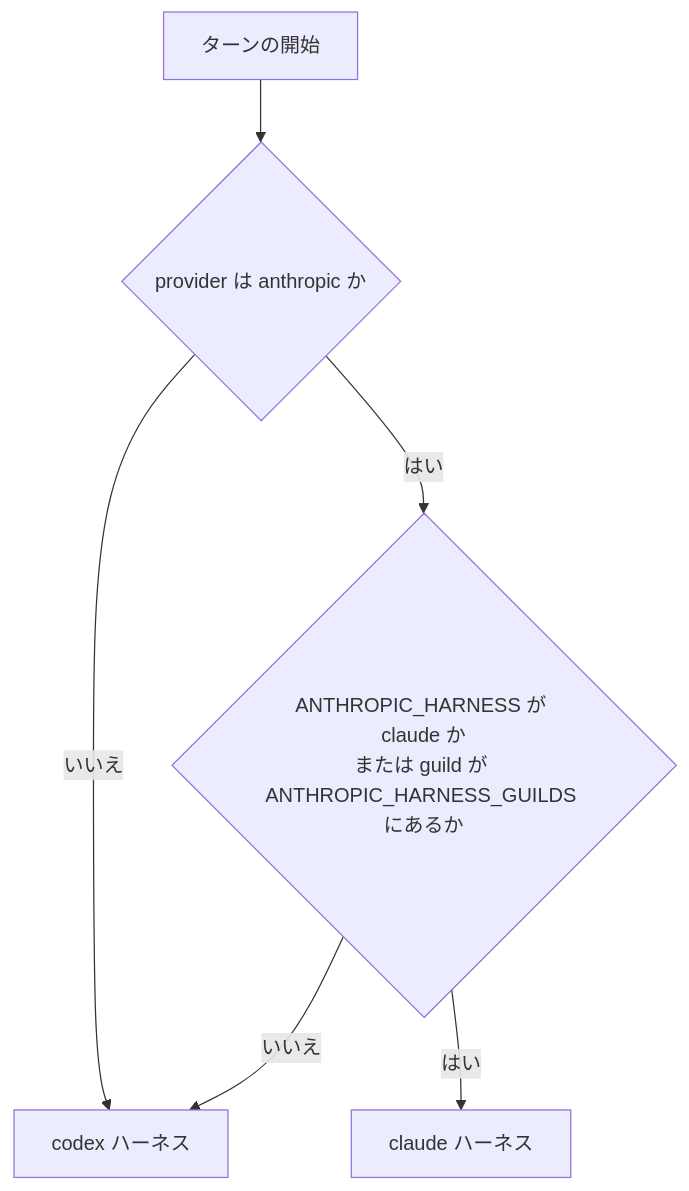
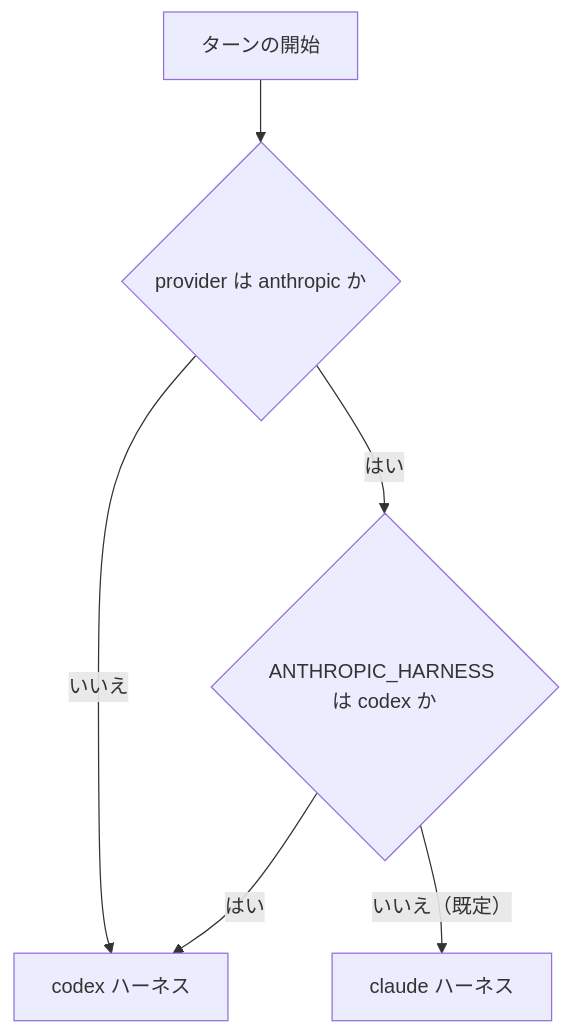
One commit to hsincode/hibana changed the diagram in docs/harness.md. Above: the diagram before and after it, drawn with Mermaid. The commit also changed other lines of this file and 6 other files, not shown here.

````diff
--- a/docs/harness.md
+++ b/docs/harness.md
@@ -25,8 +11,8 @@
 ```mermaid
 flowchart TD
   T[ターンの開始] --> P{provider は anthropic か}
   P -- いいえ --> C[codex ハーネス]
-  P -- はい --> F{ANTHROPIC_HARNESS が claude か<br>または guild が ANTHROPIC_HARNESS_GUILDS にあるか}
-  F -- いいえ --> C
-  F -- はい --> N[claude ハーネス]
+  P -- はい --> F{ANTHROPIC_HARNESS は codex か}
+  F -- はい --> C
+  F -- いいえ（既定）--> N[claude ハーネス]
 ```
````
